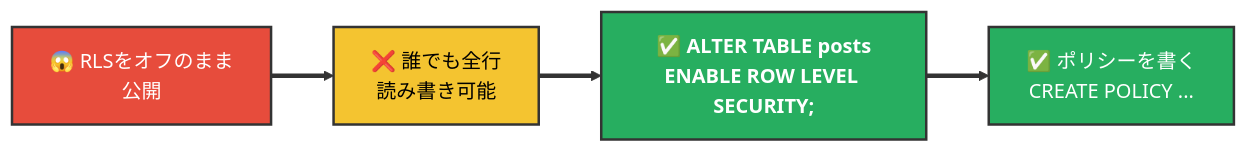
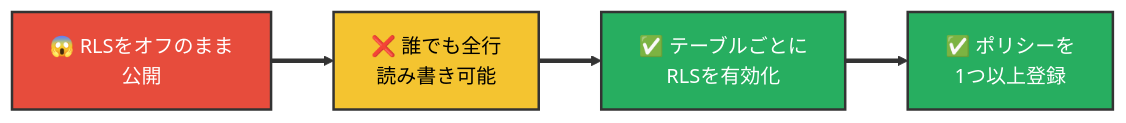
One commit to kasuyaofcb/tech_docs changed the tenth of 27 diagrams in supabase/supabase.md. Above: the diagram before and after it, drawn with Mermaid. The commit also changed other lines of this file, not shown here.

````diff
--- a/supabase/supabase.md
+++ b/supabase/supabase.md
@@ -263,11 +216,11 @@
 ```mermaid
 flowchart LR
     S1["😱 RLSをオフのまま<br/>公開"] ==> S2["❌ 誰でも全行<br/>読み書き可能"]
-    S2 ==> S3["✅ <b>ALTER TABLE posts<br/>ENABLE ROW LEVEL SECURITY;</b>"]
-    S3 ==> S4["✅ ポリシーを書く<br/>CREATE POLICY ..."]
+    S2 ==> S3["✅ テーブルごとに<br/>RLSを有効化"]
+    S3 ==> S4["✅ ポリシーを<br/>1つ以上登録"]
 
     style S1 fill:#E74C3C,color:#FFFFFF,stroke:#333,stroke-width:2px
     style S2 fill:#F4C430,color:#000,stroke:#333,stroke-width:2px
     style S3 fill:#27AE60,color:#FFFFFF,stroke:#333,stroke-width:2px
     style S4 fill:#27AE60,color:#FFFFFF,stroke:#333,stroke-width:2px
 ```
````
